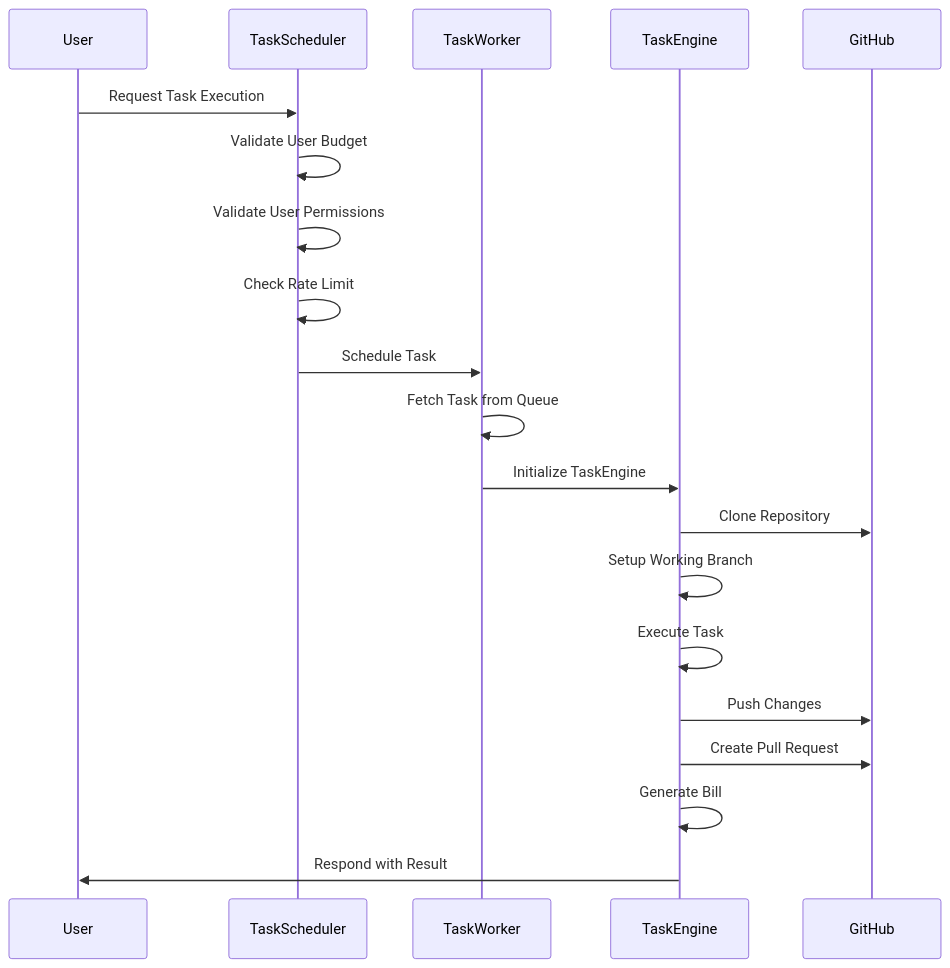
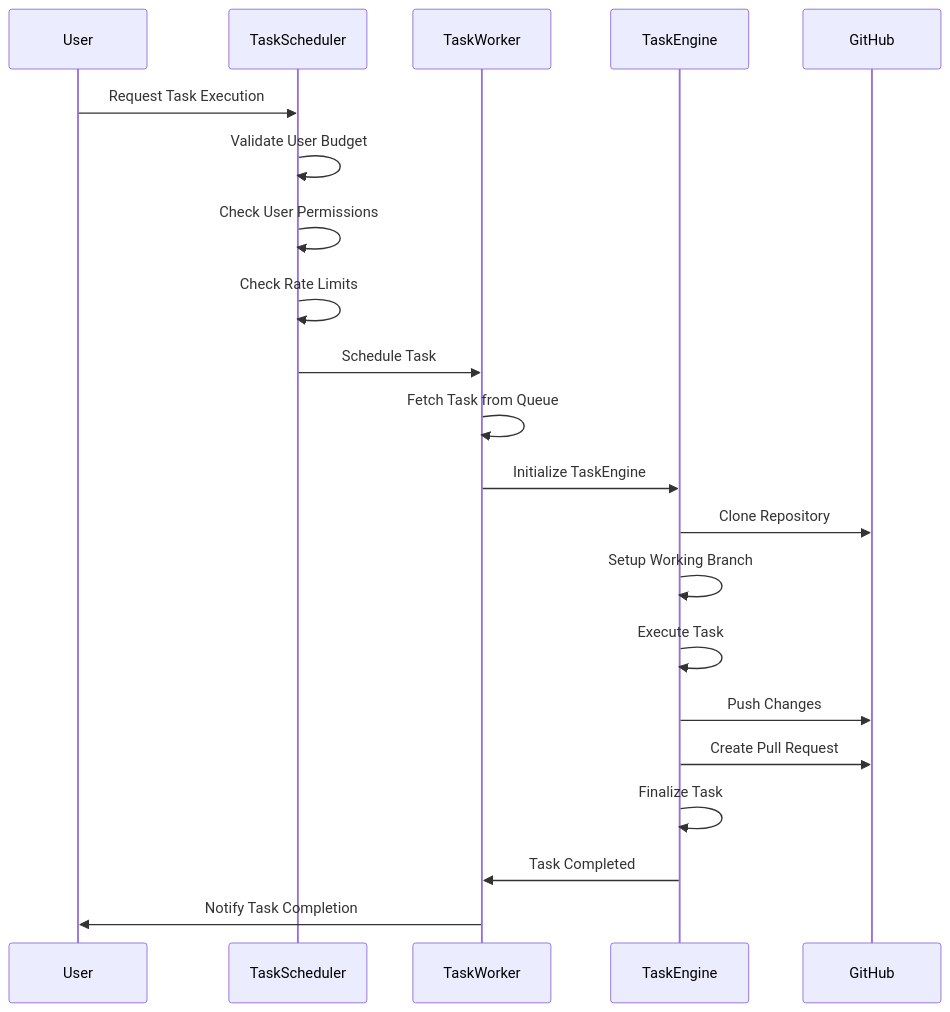
Before and after one commit to PR-Pilot-AI/pr-pilot: the second of 2 diagrams in docs/code/task_processing.md, drawn with Mermaid. The commit also changed other lines of this file and 2 other files, not shown here.

````diff
--- a/docs/code/task_processing.md
+++ b/docs/code/task_processing.md
@@ -81,23 +88,24 @@
 ```mermaid
 sequenceDiagram
     participant User
     participant TaskScheduler
     participant TaskWorker
     participant TaskEngine
     participant GitHub
 
     User->>TaskScheduler: Request Task Execution
     TaskScheduler->>TaskScheduler: Validate User Budget
-    TaskScheduler->>TaskScheduler: Validate User Permissions
-    TaskScheduler->>TaskScheduler: Check Rate Limit
+    TaskScheduler->>TaskScheduler: Check User Permissions
+    TaskScheduler->>TaskScheduler: Check Rate Limits
     TaskScheduler->>TaskWorker: Schedule Task
     TaskWorker->>TaskWorker: Fetch Task from Queue
     TaskWorker->>TaskEngine: Initialize TaskEngine
     TaskEngine->>GitHub: Clone Repository
     TaskEngine->>TaskEngine: Setup Working Branch
     TaskEngine->>TaskEngine: Execute Task
     TaskEngine->>GitHub: Push Changes
     TaskEngine->>GitHub: Create Pull Request
-    TaskEngine->>TaskEngine: Generate Bill
-    TaskEngine->>User: Respond with Result
+    TaskEngine->>TaskEngine: Finalize Task
+    TaskEngine->>TaskWorker: Task Completed
+    TaskWorker->>User: Notify Task Completion
 ```
````
